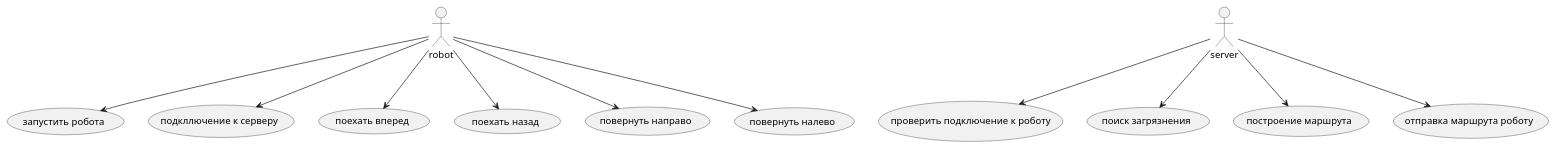
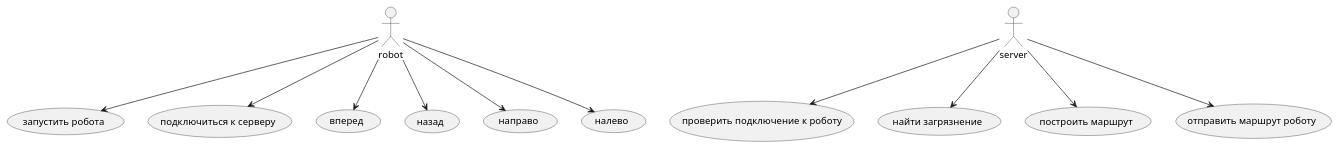
One commit to kuzowlev-k/server-guided-cleaner-robot changed the diagram in docs/use_case_diagram.md. Above: the diagram before and after it, drawn with PlantUML. The commit also changed other lines of this file, not shown here.

Commit message:
обновленный код use case диаграммы

```diff
--- a/docs/use_case_diagram.md
+++ b/docs/use_case_diagram.md
@@ -1,13 +1,13 @@
-@startuml
-:robot: --> (запустить робота)
-:robot: --> (подкллючение к серверу)
-:robot: --> (поехать вперед)
-:robot: --> (поехать назад)
-:robot: --> (повернуть направо)
-:robot: --> (повернуть налево)
+@startuml 
+:robot: --> (запустить робота) 
+:robot: --> (подключиться к серверу) 
+:robot: --> (вперед) 
+:robot: --> (назад) 
+:robot: --> (направо) 
+:robot: --> (налево)
 
-:server: --> (проверить подключение к роботу)
-:server: --> (поиск загрязнения)
-:server: --> (построение маршрута)
-:server: --> (отправка маршрута роботу)
+:server: --> (проверить подключение к роботу) 
+:server: --> (найти загрязнение) 
+:server: --> (построить маршрут) 
+:server: --> (отправить маршрут роботу) 
 @enduml
```
